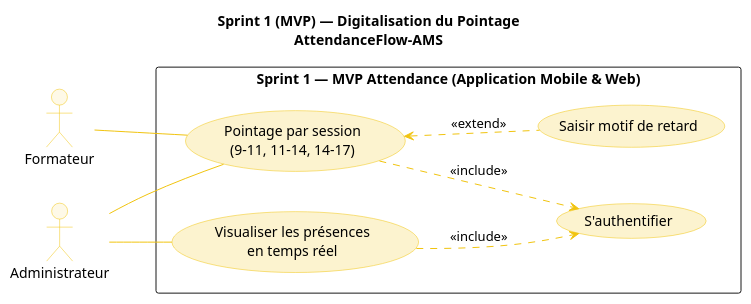
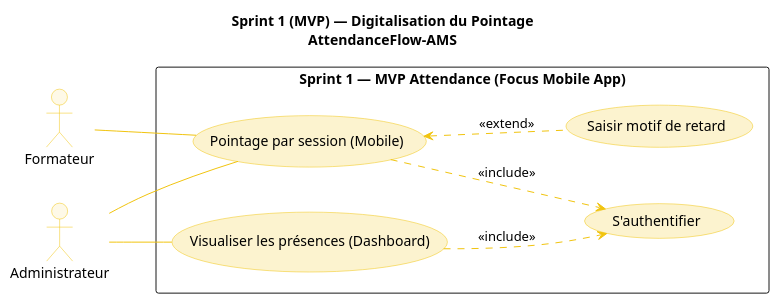
Before and after one commit to abdelhaymallouli/AttendanceFlow-AMS: the diagram in Analyse/cas_utilisation/cas_utilisation_sprints/sprint1.puml, drawn with PlantUML. The commit also changed 2 other files, not shown here.

Commit message:
feat: Add initial PlantUML use case diagrams for AttendanceFlow-AMS, covering sprint 1, sprint 2, and a general overview.

```diff
--- a/Analyse/cas_utilisation/cas_utilisation_sprints/sprint1.puml
+++ b/Analyse/cas_utilisation/cas_utilisation_sprints/sprint1.puml
@@ -1,34 +1,34 @@
 @startuml sprint1
 title Sprint 1 (MVP) — Digitalisation du Pointage\nAttendanceFlow-AMS
 
 left to right direction
 
 skinparam usecase {
   BackgroundColor #FCF3CF
   BorderColor #F1C40F
   ArrowColor #F1C40F
 }
 skinparam actor {
   BorderColor #F1C40F
   BackgroundColor #FEF9E7
 }
 
 actor "Formateur" as Trainer
 actor "Administrateur" as Admin
 
-rectangle "Sprint 1 — MVP Attendance (Application Mobile & Web)" {
+rectangle "Sprint 1 — MVP Attendance (Focus Mobile App)" {
   usecase "S'authentifier" as UC01
-  usecase "Pointage par session\n(9-11, 11-14, 14-17)" as UC02
+  usecase "Pointage par session (Mobile)" as UC02
   usecase "Saisir motif de retard" as UC02a
-  usecase "Visualiser les présences\nen temps réel" as UC03
+  usecase "Visualiser les présences (Dashboard)" as UC03
 
   UC02 ..> UC01 : <<include>>
   UC03 ..> UC01 : <<include>>
   UC02 <.. UC02a : <<extend>>
 }
 
 Trainer -- UC02
 Admin -- UC02
 Admin -- UC03
 
 @enduml
```
